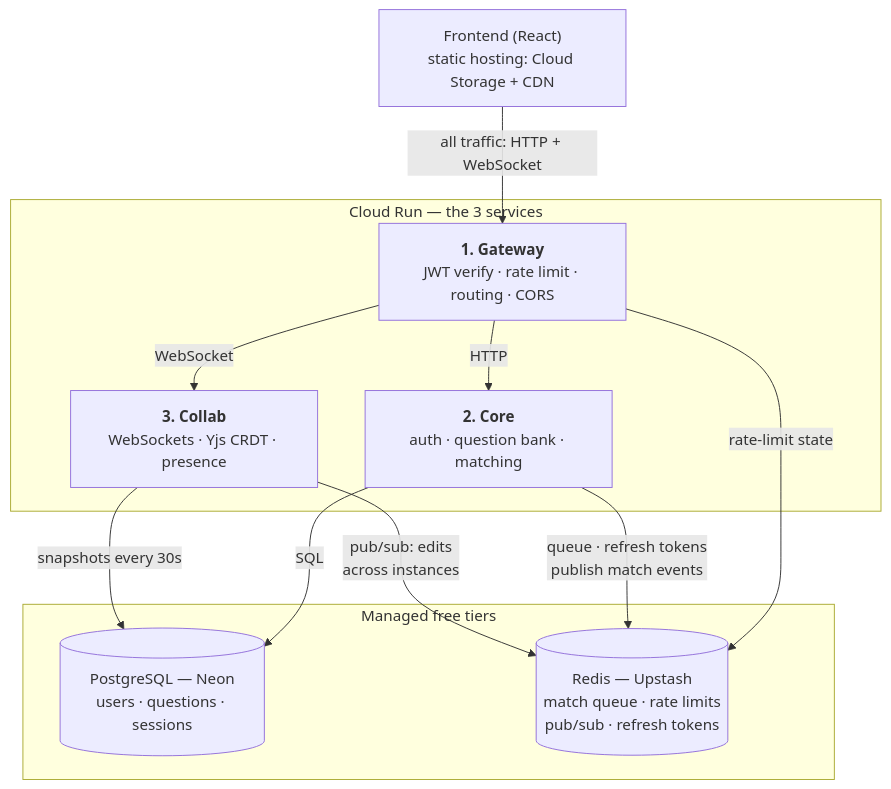
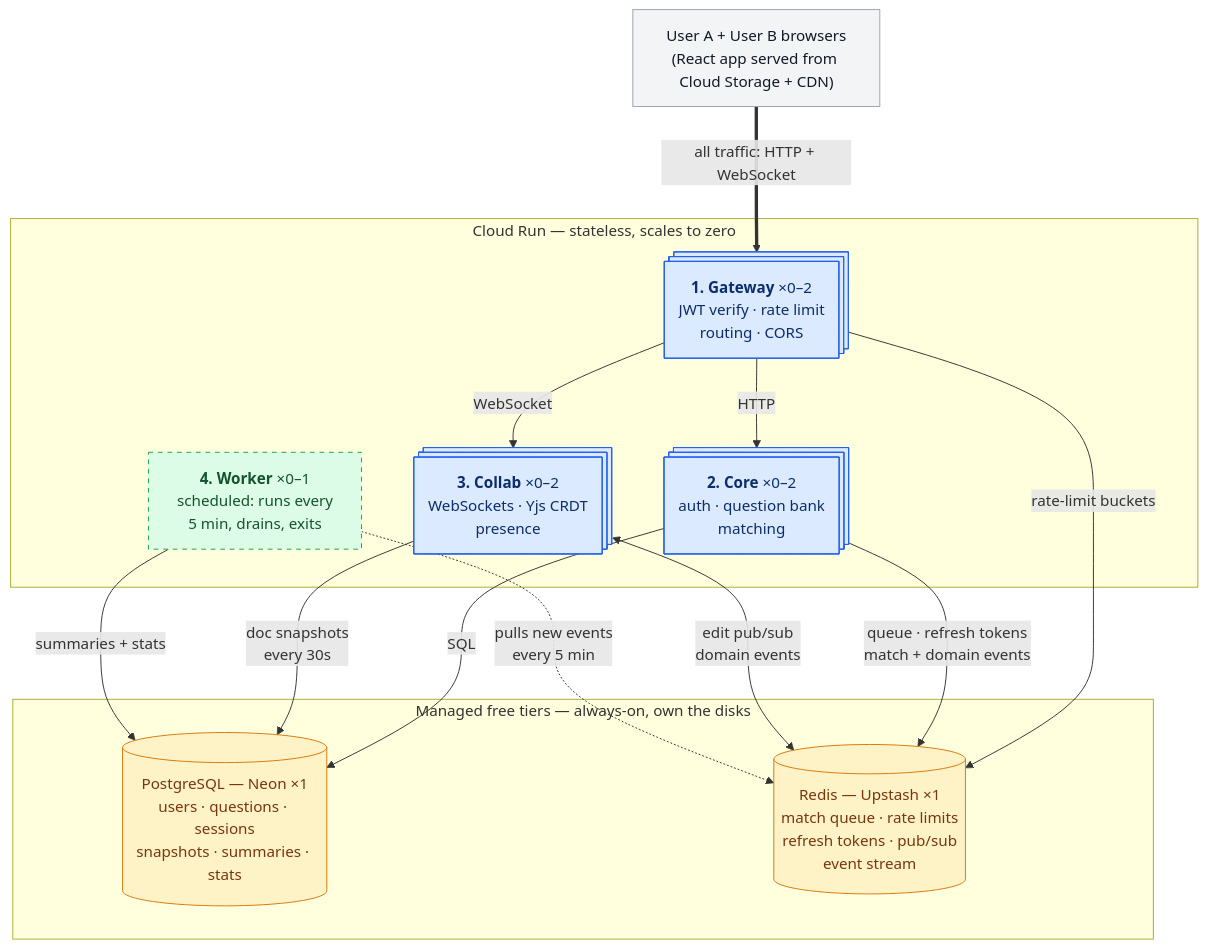
Before and after one commit to Wnayar/deepcs: the first of 2 diagrams in DESIGN.md, drawn with Mermaid. The commit also changed other lines of this file, not shown here.

First line of the commit message:
Add event pipeline: Redis Streams worker in prod, Kafka in dev

````diff
--- a/DESIGN.md
+++ b/DESIGN.md
@@ -59,24 +63,38 @@
 ```mermaid
+%%{init: {"flowchart": {"nodeSpacing": 55, "rankSpacing": 70}}}%%
 flowchart TD
-    FE["Frontend (React)<br/>static hosting: Cloud Storage + CDN"]
+    U["User A + User B browsers<br/>(React app served from Cloud Storage + CDN)"]
 
-    subgraph RUN["Cloud Run — the 3 services"]
-        GW["<b>1. Gateway</b><br/>JWT verify · rate limit · routing · CORS"]
-        CORE["<b>2. Core</b><br/>auth · question bank · matching"]
-        COLLAB["<b>3. Collab</b><br/>WebSockets · Yjs CRDT · presence"]
+    U ==>|"all traffic: HTTP + WebSocket"| GW
+
+    subgraph RUN["Cloud Run — stateless, scales to zero"]
+        GW@{ shape: procs, label: "<b>1. Gateway</b> ×0–2<br/>JWT verify · rate limit<br/>routing · CORS" }
+        CORE@{ shape: procs, label: "<b>2. Core</b> ×0–2<br/>auth · question bank<br/>matching" }
+        COLLAB@{ shape: procs, label: "<b>3. Collab</b> ×0–2<br/>WebSockets · Yjs CRDT<br/>presence" }
+        WK["<b>4. Worker</b> ×0–1<br/>scheduled: runs every<br/>5 min, drains, exits"]
     end
 
-    subgraph DATA["Managed free tiers"]
-        PG[("PostgreSQL — Neon<br/>users · questions · sessions")]
-        RD[("Redis — Upstash<br/>match queue · rate limits<br/>pub/sub · refresh tokens")]
+    subgraph DATA["Managed free tiers — always-on, own the disks"]
+        PG[("PostgreSQL — Neon ×1<br/>users · questions · sessions<br/>snapshots · summaries · stats")]
+        RD[("Redis — Upstash ×1<br/>match queue · rate limits<br/>refresh tokens · pub/sub<br/>event stream")]
     end
 
-    FE -->|"all traffic: HTTP + WebSocket"| GW
     GW -->|HTTP| CORE
     GW -->|WebSocket| COLLAB
-    GW -->|"rate-limit state"| RD
+    GW -->|"rate-limit buckets"| RD
     CORE -->|SQL| PG
-    CORE -->|"queue · refresh tokens<br/>publish match events"| RD
-    COLLAB -->|"pub/sub: edits<br/>across instances"| RD
-    COLLAB -->|"snapshots every 30s"| PG
+    CORE -->|"queue · refresh tokens<br/>match + domain events"| RD
+    COLLAB <-->|"edit pub/sub<br/>domain events"| RD
+    COLLAB -->|"doc snapshots<br/>every 30s"| PG
+    WK -.->|"pulls new events<br/>every 5 min"| RD
+    WK -->|"summaries + stats"| PG
+
+    classDef client fill:#f3f4f6,stroke:#9ca3af,color:#111827
+    classDef ephemeral fill:#dbeafe,stroke:#2563eb,color:#0c2d6b
+    classDef scheduled fill:#dcfce7,stroke:#16a34a,color:#14532d,stroke-dasharray: 5 5
+    classDef stateful fill:#fef3c7,stroke:#d97706,color:#78350f
+    class U client
+    class GW,CORE,COLLAB ephemeral
+    class WK scheduled
+    class PG,RD stateful
 ```
````
